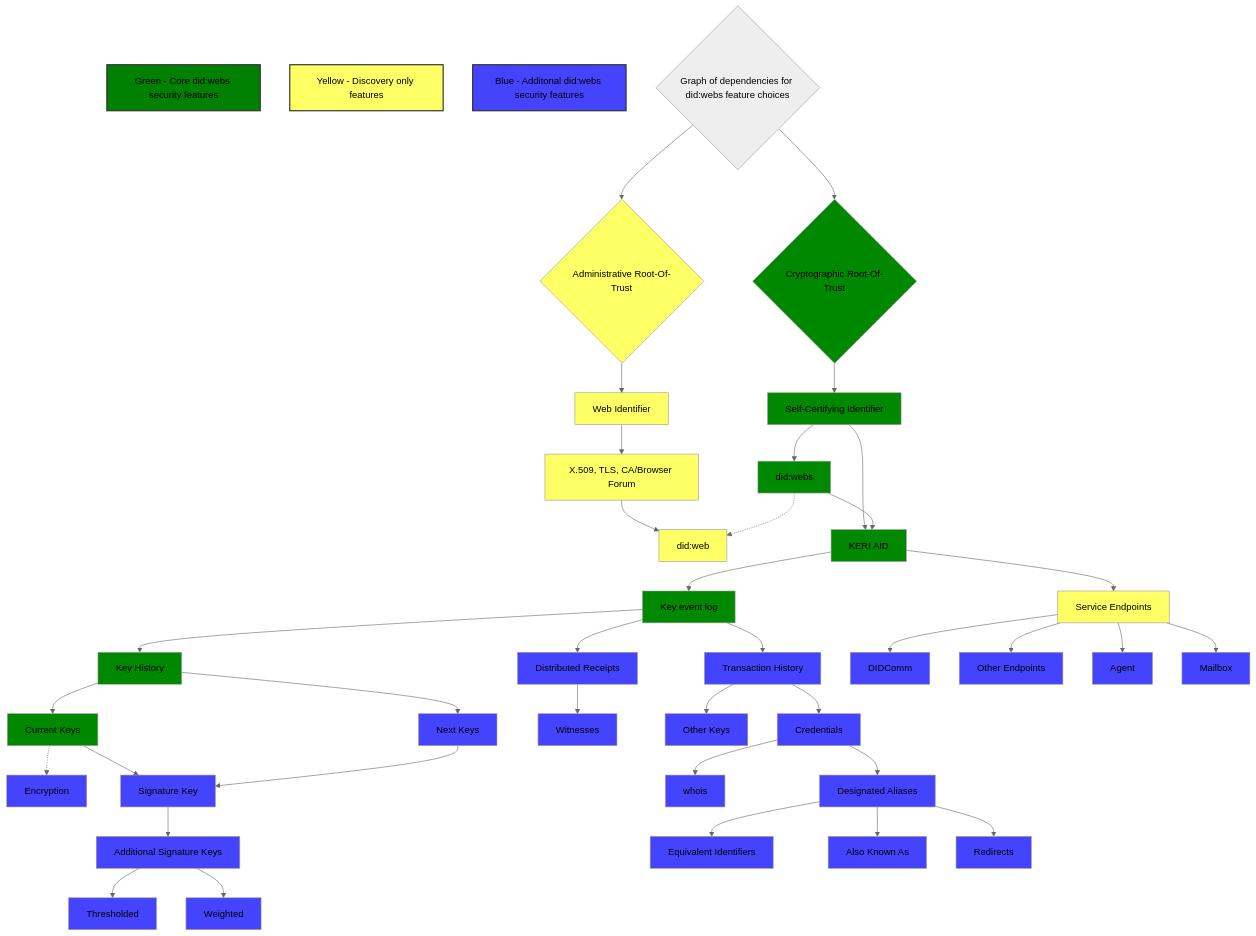
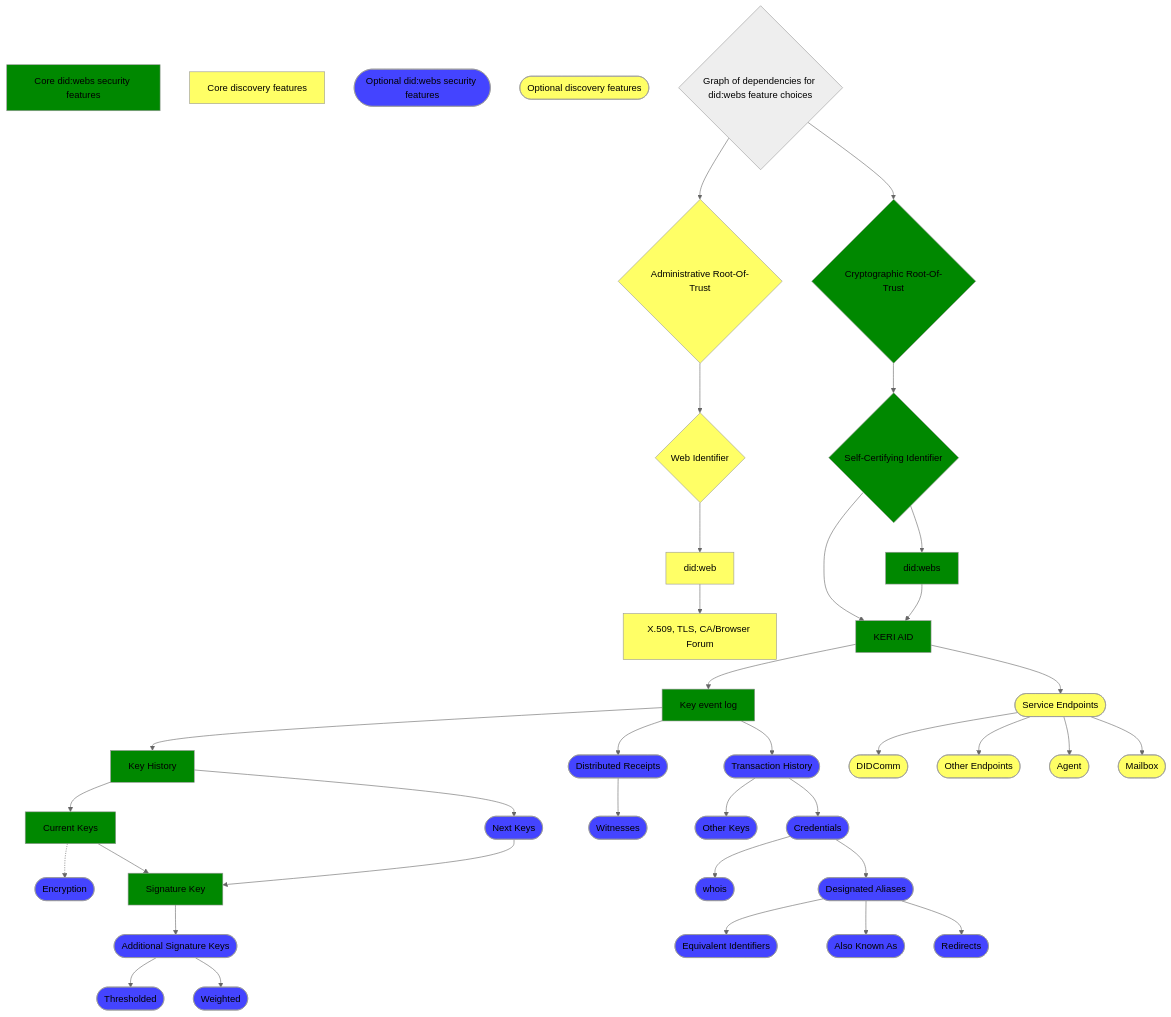
One commit to trustoverip/tswg-did-method-webs-specification changed the diagram in WEBS_FEATURE_DEPS.md. Above: the diagram before and after it, drawn with Mermaid.

Commit message:
updated feature dependency diagram with shapes to distinguish between core and optional

````diff
--- a/WEBS_FEATURE_DEPS.md
+++ b/WEBS_FEATURE_DEPS.md
@@ -3,80 +3,81 @@
 ```mermaid
 %%{init: {'theme':'neutral'}}%%
 graph
-    L1[Green - Core did:webs security features];
-    L2[Yellow - Discovery only features];
-    L3[Blue - Additonal did:webs security features];
+    CORESEC[Core did:webs security features];
+    COREDISC[Core discovery features];
+    OPSEC([Optional did:webs security features]);
+    OPDISC([Optional discovery features]);
 
     DTREE{Graph of dependencies for did:webs feature choices} --> AROT;
     DTREE --> CROT;
-    AROT{Administrative Root-Of-Trust} --> WID[Web Identifier];
-    CROT{Cryptographic Root-Of-Trust} --> SCID[Self-Certifying Identifier];
-    WID --> X509;
-    X509[X.509, TLS, CA/Browser Forum] --> DIDWEB[did:web];
+    AROT{Administrative Root-Of-Trust} --> WID{Web Identifier};
+    CROT{Cryptographic Root-Of-Trust} --> SCID{Self-Certifying Identifier};
+    WID --> DIDWEB[did:web];
+    DIDWEB --> X509[X.509, TLS, CA/Browser Forum];
     SCID --> AID[KERI AID];
     SCID --> DIDWS[did:webs];
     DIDWS --> AID;
-    DIDWS -.-> DIDWEB;
     AID --> KEL[Key event log];
-    AID --> END[Service Endpoints];
+    AID --> END([Service Endpoints]);
     KEL --> KHIST[Key History];
-    K -.-> ENCRYPT[Encryption];
+    K -.-> ENCRYPT([Encryption]);
     KHIST --> K[Current Keys];
     K --> sK[Signature Key];
-    sK --> mK[Additional Signature Keys];
-    KHIST --> nK[Next Keys];
+    sK --> mK([Additional Signature Keys]);
+    KHIST --> nK([Next Keys]);
     nK --> sK;
-    KEL --> BACK[Distributed Receipts];
-    BACK --> WIT[Witnesses];
-    mK --> sTHRESH[Thresholded];
-    mK --> sWEIGHT[Weighted];
-    KEL --> THIST[Transaction History];
-    THIST --> KOTHER[Other Keys];
-    THIST --> CRED[Credentials];
-    CRED[Credentials] --> WHOIS[whois];
-    CRED[Credentials] --> DALIAS[Designated Aliases];
-    DALIAS[Designated Aliases] --> EQUIVID[Equivalent Identifiers];
-    DALIAS[Designated Aliases] --> AKA[Also Known As];
-    DALIAS[Designated Aliases] --> REDIRECT[Redirects];
-    END --> DIDCOMM[DIDComm];
-    END --> ENDOTHER[Other Endpoints];
-    END --> AGENT[Agent];
-    END --> MAIL[Mailbox];
+    KEL --> BACK([Distributed Receipts]);
+    BACK --> WIT([Witnesses]);
+    mK --> sTHRESH([Thresholded]);
+    mK --> sWEIGHT([Weighted]);
+    KEL --> THIST([Transaction History]);
+    THIST --> KOTHER([Other Keys]);
+    THIST --> CRED([Credentials]);
+    CRED([Credentials]) --> WHOIS([whois]);
+    CRED --> DALIAS([Designated Aliases]);
+    DALIAS --> EQUIVID([Equivalent Identifiers]);
+    DALIAS --> AKA([Also Known As]);
+    DALIAS --> REDIRECT([Redirects]);
+    END --> DIDCOMM([DIDComm]);
+    END --> ENDOTHER([Other Endpoints]);
+    END --> AGENT([Agent]);
+    END --> MAIL([Mailbox]);
 
     style AROT fill:#FF6;
     style X509 fill:#FF6;
     style DIDWEB fill:#FF6;
     style CROT fill:#080;
     style WID fill:#FF6;
     style SCID fill:#080;
     style DIDWS fill:#080;
     style KHIST fill:#080;
     style THIST fill:#44F;
     style AID fill:#080;
     style KEL fill:#080;
     style END fill:#FF6;
     style K fill:#080;
-    style sK fill:#44F;
+    style sK fill:#080;
     style mK fill:#44F;
     style nK fill:#44F;
     style BACK fill:#44F;
     style WIT fill:#44F;
     style sTHRESH fill:#44F;
     style sWEIGHT fill:#44F;
     style CRED fill:#44F;
     style DALIAS fill:#44F;
     style AKA fill:#44F;
     style EQUIVID fill:#44F;
     style REDIRECT fill:#44F;
     style WHOIS fill:#44F;
-    style DIDCOMM fill:#44F;
-    style ENDOTHER fill:#44F;
-    style AGENT fill:#44F;
-    style MAIL fill:#44F;
+    style DIDCOMM fill:#FF6;
+    style ENDOTHER fill:#FF6;
+    style AGENT fill:#FF6;
+    style MAIL fill:#FF6;
     style ENCRYPT fill:#44F;
     style KOTHER fill:#44F;
 
-    style L1 fill:#008000,stroke:#333,stroke-width:2px;
-    style L2 fill:#ff6,stroke:#333,stroke-width:2px;
-    style L3 fill:#44F,stroke:#333,stroke-width:2px;
+    style CORESEC fill:#080;
+    style COREDISC fill:#ff6;
+    style OPSEC fill:#44F;
+    style OPDISC fill:#ff6;
 ```
````
